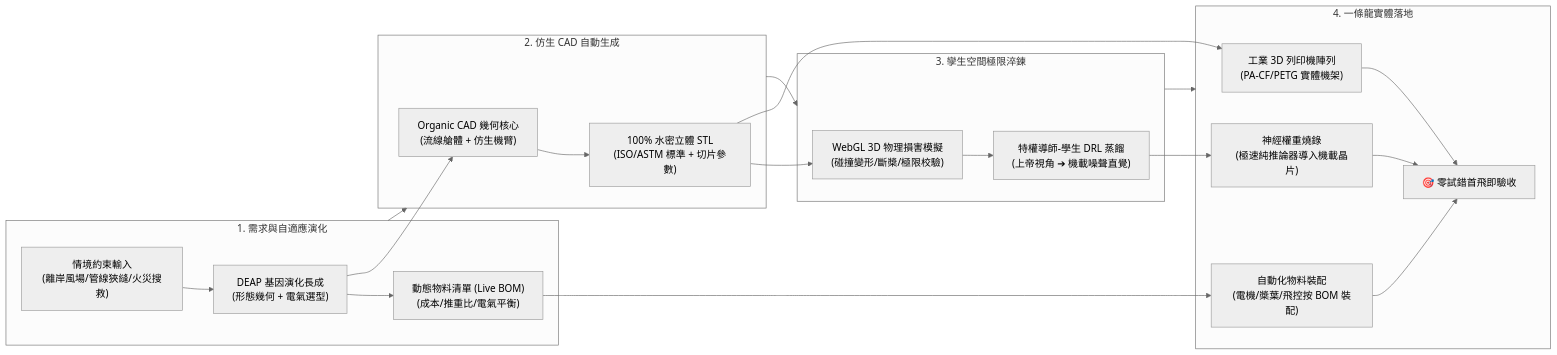
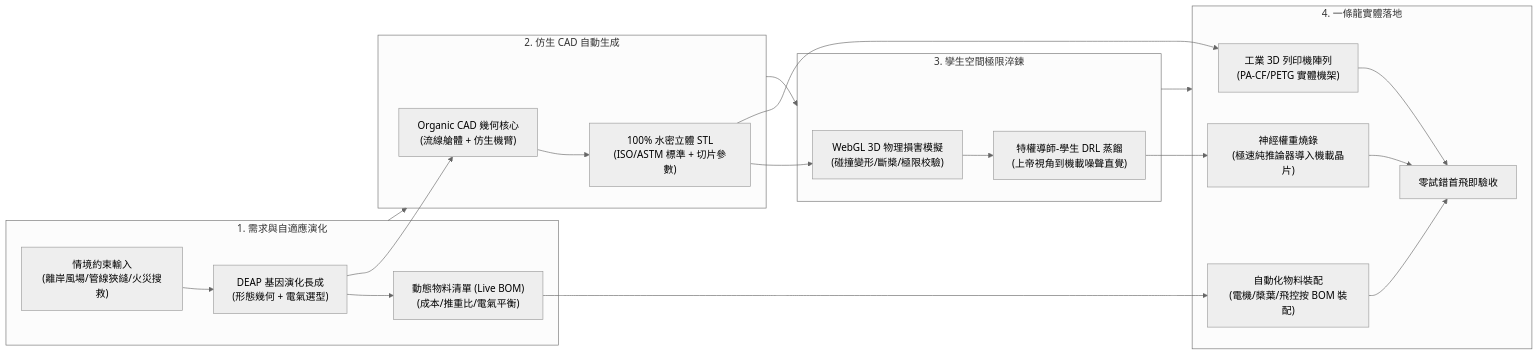
The first of 2 diagrams in README.md (1000shin/Digital_Twin_Drone_MVP), drawn with Mermaid (neutral theme) before and after one commit. The commit also changed other lines of this file and 1 other file, not shown here.

````diff
--- a/README.md
+++ b/README.md
@@ -53,26 +51,28 @@
 ```mermaid
 flowchart LR
     subgraph S1["1. 需求與自適應演化"]
         A["情境約束輸入<br/>(離岸風場/管線狹縫/火災搜救)"] --> B["DEAP 基因演化長成<br/>(形態幾何 + 電氣選型)"]
         B --> C["動態物料清單 (Live BOM)<br/>(成本/推重比/電氣平衡)"]
     end
 
     subgraph S2["2. 仿生 CAD 自動生成"]
         B --> D["Organic CAD 幾何核心<br/>(流線艙體 + 仿生機臂)"]
         D --> E["100% 水密立體 STL<br/>(ISO/ASTM 標準 + 切片參數)"]
     end
 
     subgraph S3["3. 孿生空間極限淬鍊"]
         E --> F["WebGL 3D 物理損害模擬<br/>(碰撞變形/斷槳/極限校驗)"]
-        F --> G["特權導師-學生 DRL 蒸餾<br/>(上帝視角 ➔ 機載噪聲直覺)"]
+        F --> G["特權導師-學生 DRL 蒸餾<br/>(上帝視角到機載噪聲直覺)"]
     end
 
     subgraph S4["4. 一條龍實體落地"]
         E --> H["工業 3D 列印機陣列<br/>(PA-CF/PETG 實體機架)"]
         C --> I["自動化物料裝配<br/>(電機/槳葉/飛控按 BOM 裝配)"]
         G --> J["神經權重燒錄<br/>(極速純推論器導入機載晶片)"]
-        H & I & J --> K["🎯 零試錯首飛即驗收"]
+        H --> K["零試錯首飛即驗收"]
+        I --> K
+        J --> K
     end
 
     S1 --> S2 --> S3 --> S4
 ```
````
